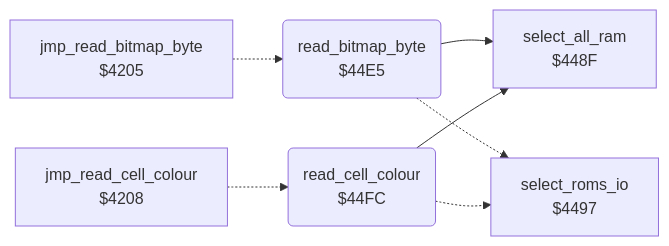
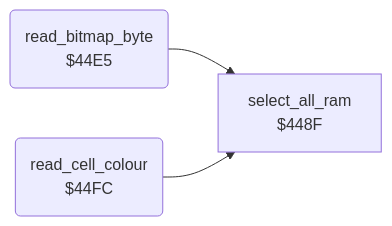
The diagram in koala_painter/v1/docs/reference/modules/graphics/read_pixel.md (henols/c64_games), drawn with Mermaid before and after one commit. The commit also changed other lines of this file and 1100 other files, not shown here.

````diff
--- a/koala_painter/v1/docs/reference/modules/graphics/read_pixel.md
+++ b/koala_painter/v1/docs/reference/modules/graphics/read_pixel.md
@@ -10,15 +17,8 @@
 ```mermaid
 flowchart LR
-  n4205["jmp_read_bitmap_byte<br/>$4205"]
-  n4208["jmp_read_cell_colour<br/>$4208"]
   n448f["select_all_ram<br/>$448F"]
-  n4497["select_roms_io<br/>$4497"]
   n44e5("read_bitmap_byte<br/>$44E5")
   n44fc("read_cell_colour<br/>$44FC")
-  n4205 -.-> n44e5
-  n4208 -.-> n44fc
   n44e5 --> n448f
-  n44e5 -.-> n4497
   n44fc --> n448f
-  n44fc -.-> n4497
 ```
````
